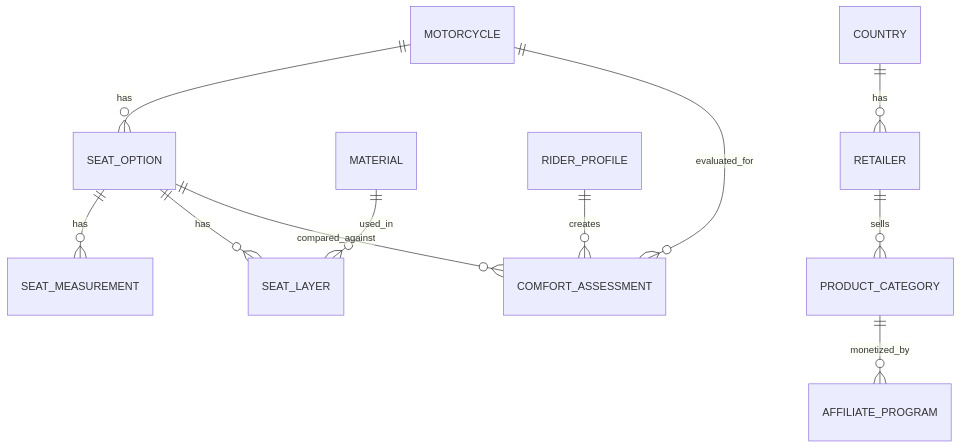
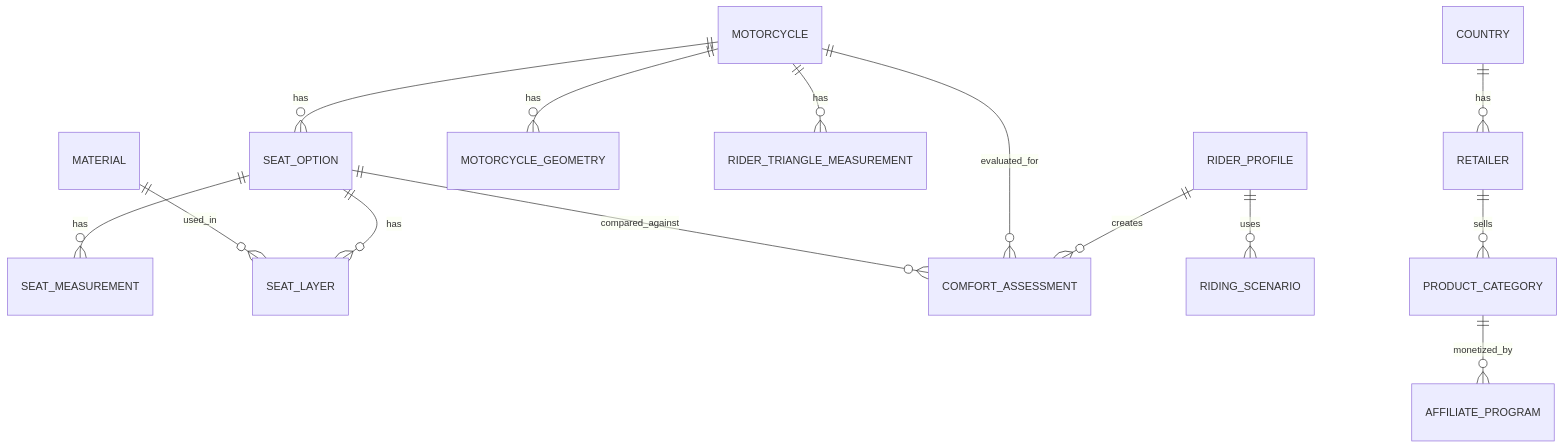
One commit to sokolicek/moto-seat-lab changed the diagram in docs/data-model.md. Above: the diagram before and after it, drawn with Mermaid. The commit also changed other lines of this file and 5 other files, not shown here.

````diff
--- a/docs/data-model.md
+++ b/docs/data-model.md
@@ -21,13 +25,16 @@
 ```mermaid
 erDiagram
   MOTORCYCLE ||--o{ SEAT_OPTION : has
   SEAT_OPTION ||--o{ SEAT_MEASUREMENT : has
   SEAT_OPTION ||--o{ SEAT_LAYER : has
   MATERIAL ||--o{ SEAT_LAYER : used_in
+  MOTORCYCLE ||--o{ MOTORCYCLE_GEOMETRY : has
+  MOTORCYCLE ||--o{ RIDER_TRIANGLE_MEASUREMENT : has
   RIDER_PROFILE ||--o{ COMFORT_ASSESSMENT : creates
+  RIDER_PROFILE ||--o{ RIDING_SCENARIO : uses
   MOTORCYCLE ||--o{ COMFORT_ASSESSMENT : evaluated_for
   SEAT_OPTION ||--o{ COMFORT_ASSESSMENT : compared_against
   COUNTRY ||--o{ RETAILER : has
   RETAILER ||--o{ PRODUCT_CATEGORY : sells
   PRODUCT_CATEGORY ||--o{ AFFILIATE_PROGRAM : monetized_by
 ```
````
